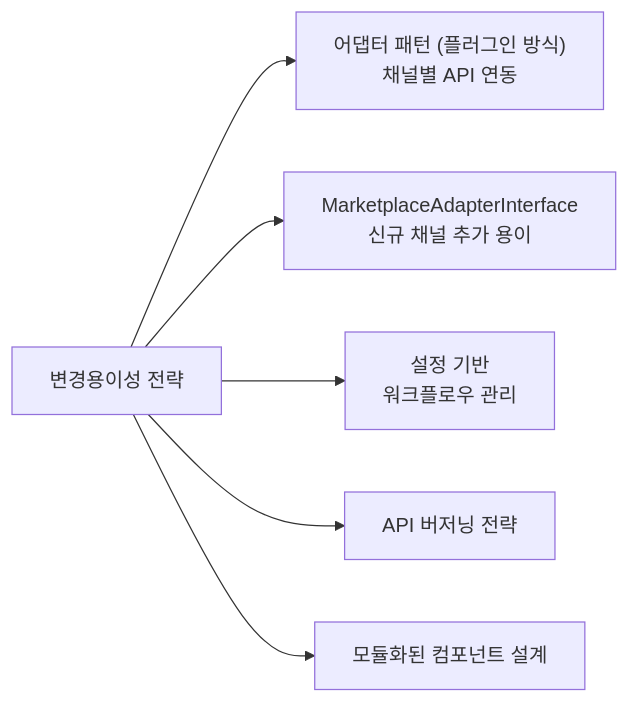
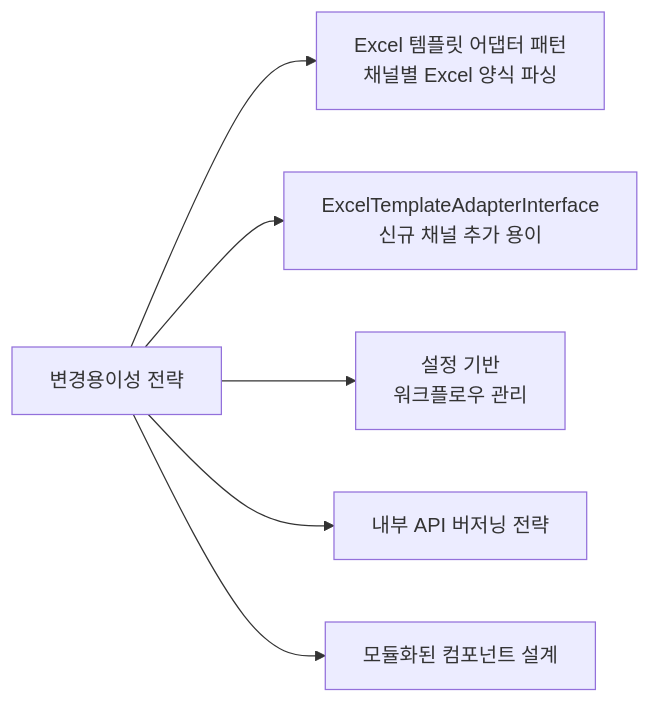
The sixth of 6 diagrams in src/content/docs/goodthinking-isp/04-design/utility-tree.md (sknkwoxs/manual-book), drawn with Mermaid before and after one commit. The commit also changed other lines of this file and 17 other files, not shown here.

First line of the commit message:
docs(goodthinking-isp): Phase 3.5-5 — Mermaid 수정, 외부 API→Excel 템플릿 전환, 개인정보 보호 모듈 강화

````diff
--- a/src/content/docs/goodthinking-isp/04-design/utility-tree.md
+++ b/src/content/docs/goodthinking-isp/04-design/utility-tree.md
@@ -248,15 +248,15 @@
 ```mermaid
 graph LR
     A["변경용이성 전략"]
-    B["어댑터 패턴 (플러그인 방식)<br/>채널별 API 연동"]
-    C["MarketplaceAdapterInterface<br/>신규 채널 추가 용이"]
+    B["Excel 템플릿 어댑터 패턴<br/>채널별 Excel 양식 파싱"]
+    C["ExcelTemplateAdapterInterface<br/>신규 채널 추가 용이"]
     D["설정 기반<br/>워크플로우 관리"]
-    E["API 버저닝 전략"]
+    E["내부 API 버저닝 전략"]
     F["모듈화된 컴포넌트 설계"]
     
     A --> B
     A --> C
     A --> D
     A --> E
     A --> F
 ```
````
